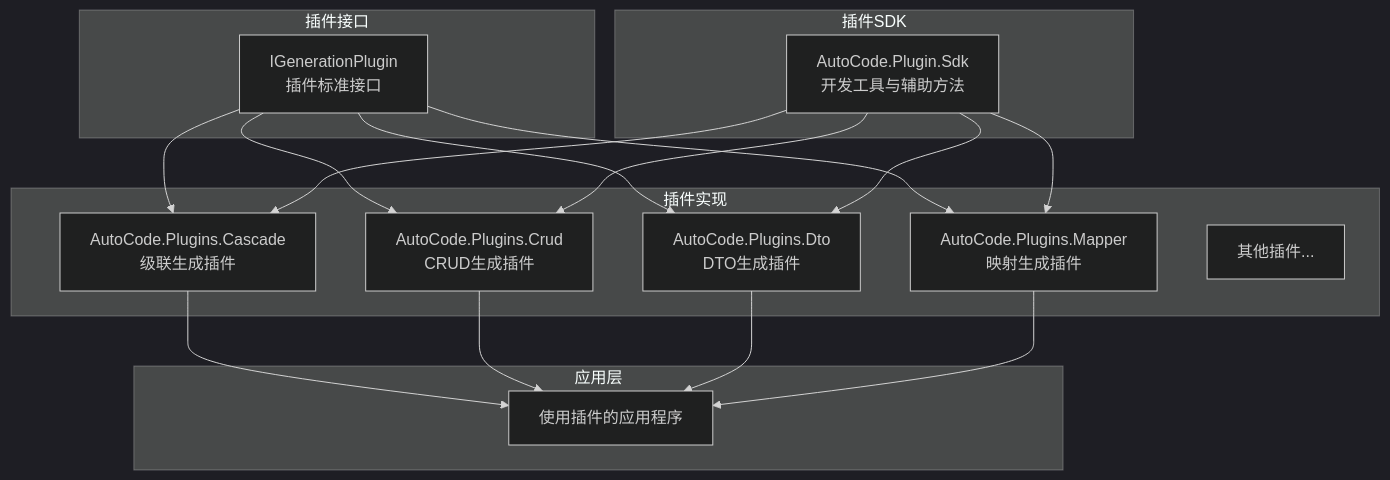
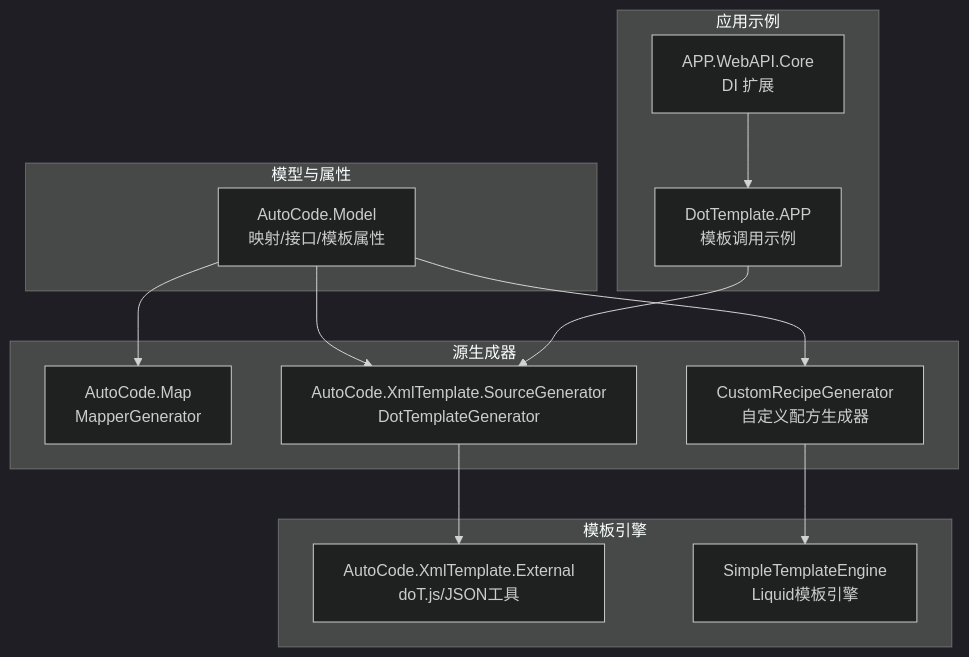
One commit to alivy/AutoCode changed the first of 9 diagrams in .qoder/repowiki/zh/content/扩展开发/扩展开发.md. Above: the diagram before and after it, drawn with Mermaid (dark theme). The commit also changed other lines of this file and 279 other files, not shown here.

````diff
--- a/.qoder/repowiki/zh/content/扩展开发/扩展开发.md
+++ b/.qoder/repowiki/zh/content/扩展开发/扩展开发.md
@@ -50,31 +73,26 @@
 ```mermaid
 graph TB
-subgraph "插件接口"
-I1["IGenerationPlugin<br/>插件标准接口"]
+subgraph "模型与属性"
+M1["AutoCode.Model<br/>映射/接口/模板属性"]
 end
-subgraph "插件SDK"
-S1["AutoCode.Plugin.Sdk<br/>开发工具与辅助方法"]
+subgraph "源生成器"
+G1["AutoCode.Map<br/>MapperGenerator"]
+G2["AutoCode.XmlTemplate.SourceGenerator<br/>DotTemplateGenerator"]
+G3["CustomRecipeGenerator<br/>自定义配方生成器"]
 end
-subgraph "插件实现"
-P1["AutoCode.Plugins.Cascade<br/>级联生成插件"]
-P2["AutoCode.Plugins.Crud<br/>CRUD生成插件"]
-P3["AutoCode.Plugins.Dto<br/>DTO生成插件"]
-P4["AutoCode.Plugins.Mapper<br/>映射生成插件"]
-P5["其他插件..."]
+subgraph "模板引擎"
+T1["AutoCode.XmlTemplate.External<br/>doT.js/JSON工具"]
+T2["SimpleTemplateEngine<br/>Liquid模板引擎"]
 end
-subgraph "应用层"
-A1["使用插件的应用程序"]
+subgraph "应用示例"
+A1["DotTemplate.APP<br/>模板调用示例"]
+A2["APP.WebAPI.Core<br/>DI 扩展"]
 end
-I1 --> P1
-I1 --> P2
-I1 --> P3
-I1 --> P4
-S1 --> P1
-S1 --> P2
-S1 --> P3
-S1 --> P4
-P1 --> A1
-P2 --> A1
-P3 --> A1
-P4 --> A1
+M1 --> G1
+M1 --> G2
+M1 --> G3
+G2 --> T1
+G3 --> T2
+A1 --> G2
+A2 --> A1
 ```
````
